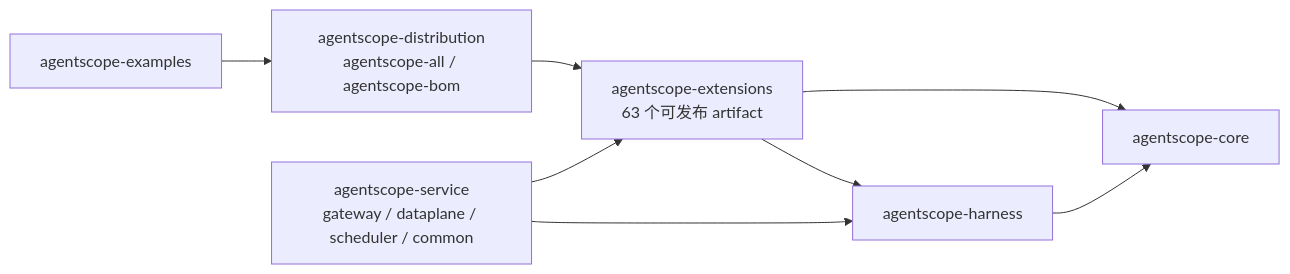
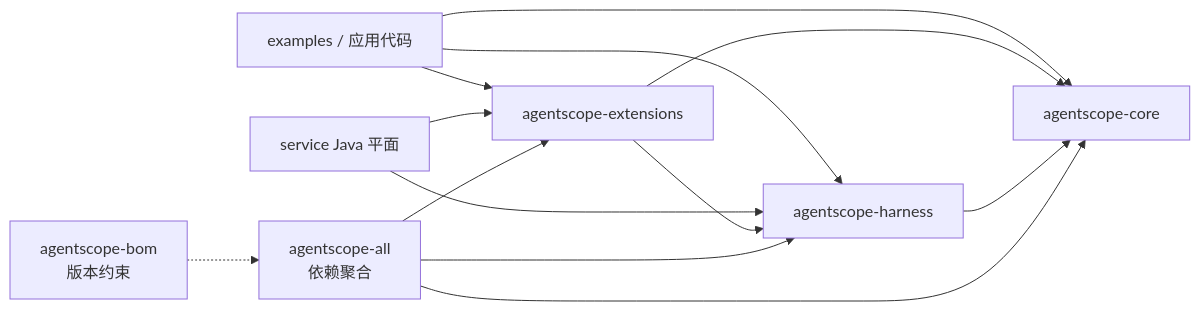
One commit to liulangjietou/AgentScope-source-analysis changed the first of 2 diagrams in 01-模块全景与依赖拓扑.md. Above: the diagram before and after it, drawn with Mermaid. The commit also changed other lines of this file and 13 other files, not shown here.

Commit message:
docs: align source guide and diagrams with main dcb131a3

````diff
--- a/01-模块全景与依赖拓扑.md
+++ b/01-模块全景与依赖拓扑.md
@@ -22,10 +22,15 @@
 ```mermaid
 flowchart LR
-    EX["agentscope-examples"] --> DIST["agentscope-distribution<br/>agentscope-all / agentscope-bom"]
-    SVC["agentscope-service<br/>gateway / dataplane / scheduler / common"] --> HARNESS
+    EX["examples / 应用代码"] --> HARNESS["agentscope-harness"]
+    EX --> EXTS["agentscope-extensions"]
+    EX --> CORE["agentscope-core"]
+    SVC["service Java 平面"] --> HARNESS
     SVC --> EXTS
-    DIST --> EXTS["agentscope-extensions<br/>63 个可发布 artifact"]
-    EXTS --> HARNESS["agentscope-harness"]
-    EXTS --> CORE["agentscope-core"]
+    EXTS --> HARNESS
+    EXTS --> CORE
     HARNESS --> CORE
+    ALL["agentscope-all<br/>依赖聚合"] --> HARNESS
+    ALL --> EXTS
+    ALL --> CORE
+    BOM["agentscope-bom<br/>版本约束"] -.-> ALL
 ```
````
